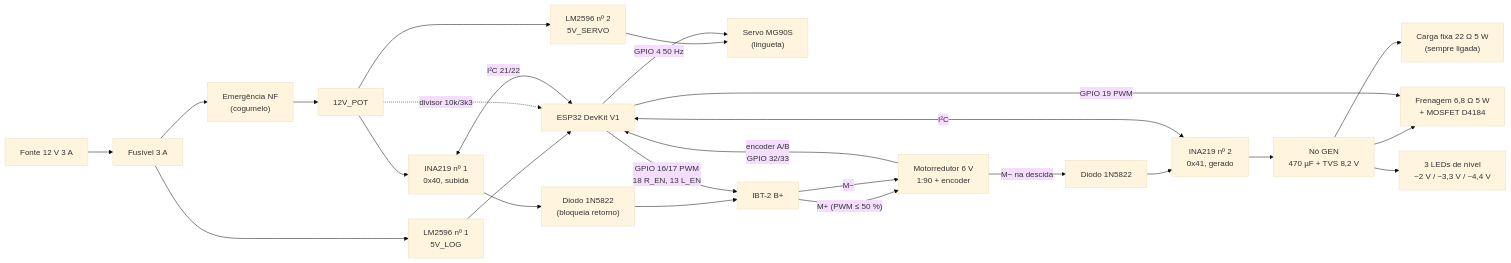
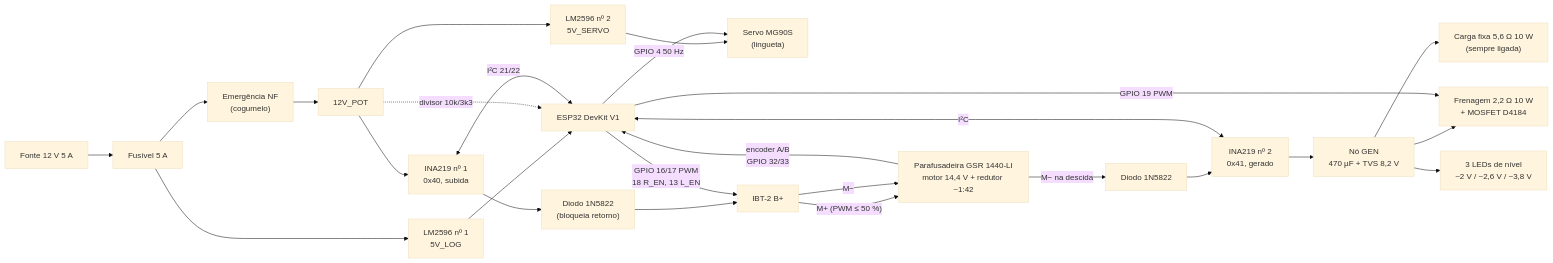
One commit to raimundogabriel/projeto-bateria-gravitacional changed the first of 2 diagrams in MVP_FABLAB/02_ARQUITETO/circuito.md. Above: the diagram before and after it, drawn with Mermaid (base theme). The commit also changed other lines of this file and 24 other files, not shown here.

First line of the commit message:
MVP_FABLAB: parafusadeira Bosch GSR 1440-LI inteira com 6 kg (DEC-026)

````diff
--- a/MVP_FABLAB/02_ARQUITETO/circuito.md
+++ b/MVP_FABLAB/02_ARQUITETO/circuito.md
@@ -24,28 +26,28 @@
 ```mermaid
 flowchart LR
-    PSU["Fonte 12 V 3 A"] --> FUS["Fusível 3 A"]
+    PSU["Fonte 12 V 5 A"] --> FUS["Fusível 5 A"]
     FUS --> BUCK1["LM2596 nº 1<br/>5V_LOG"]
     BUCK1 --> ESP["ESP32 DevKit V1"]
     FUS --> EM["Emergência NF<br/>(cogumelo)"]
     EM --> POT["12V_POT"]
     POT --> BUCK2["LM2596 nº 2<br/>5V_SERVO"]
     BUCK2 --> SERVO["Servo MG90S<br/>(lingueta)"]
     POT --> INA1["INA219 nº 1<br/>0x40, subida"]
     INA1 --> DS["Diodo 1N5822<br/>(bloqueia retorno)"]
     DS --> IBT["IBT-2 B+"]
     POT -.divisor 10k/3k3.-> ESP
-    IBT -->|"M+ (PWM ≤ 50 %)"| MOT["Motorredutor 6 V<br/>1:90 + encoder"]
+    IBT -->|"M+ (PWM ≤ 50 %)"| MOT["Parafusadeira GSR 1440-LI<br/>motor 14,4 V + redutor ~1:42"]
     IBT -->|M−| MOT
     MOT -->|"M− na descida"| DG["Diodo 1N5822"]
     DG --> INA2["INA219 nº 2<br/>0x41, gerado"]
     INA2 --> GEN["Nó GEN<br/>470 µF + TVS 8,2 V"]
-    GEN --> FIX["Carga fixa 22 Ω 5 W<br/>(sempre ligada)"]
-    GEN --> FR["Frenagem 6,8 Ω 5 W<br/>+ MOSFET D4184"]
-    GEN --> LEDS["3 LEDs de nível<br/>~2 V / ~3,3 V / ~4,4 V"]
+    GEN --> FIX["Carga fixa 5,6 Ω 10 W<br/>(sempre ligada)"]
+    GEN --> FR["Frenagem 2,2 Ω 10 W<br/>+ MOSFET D4184"]
+    GEN --> LEDS["3 LEDs de nível<br/>~2 V / ~2,6 V / ~3,8 V"]
     ESP -->|"GPIO 16/17 PWM<br/>18 R_EN, 13 L_EN"| IBT
     ESP -->|GPIO 19 PWM| FR
     ESP -->|GPIO 4 50 Hz| SERVO
     MOT -->|"encoder A/B<br/>GPIO 32/33"| ESP
     INA1 <-->|I²C 21/22| ESP
     INA2 <-->|I²C| ESP
 ```
````
